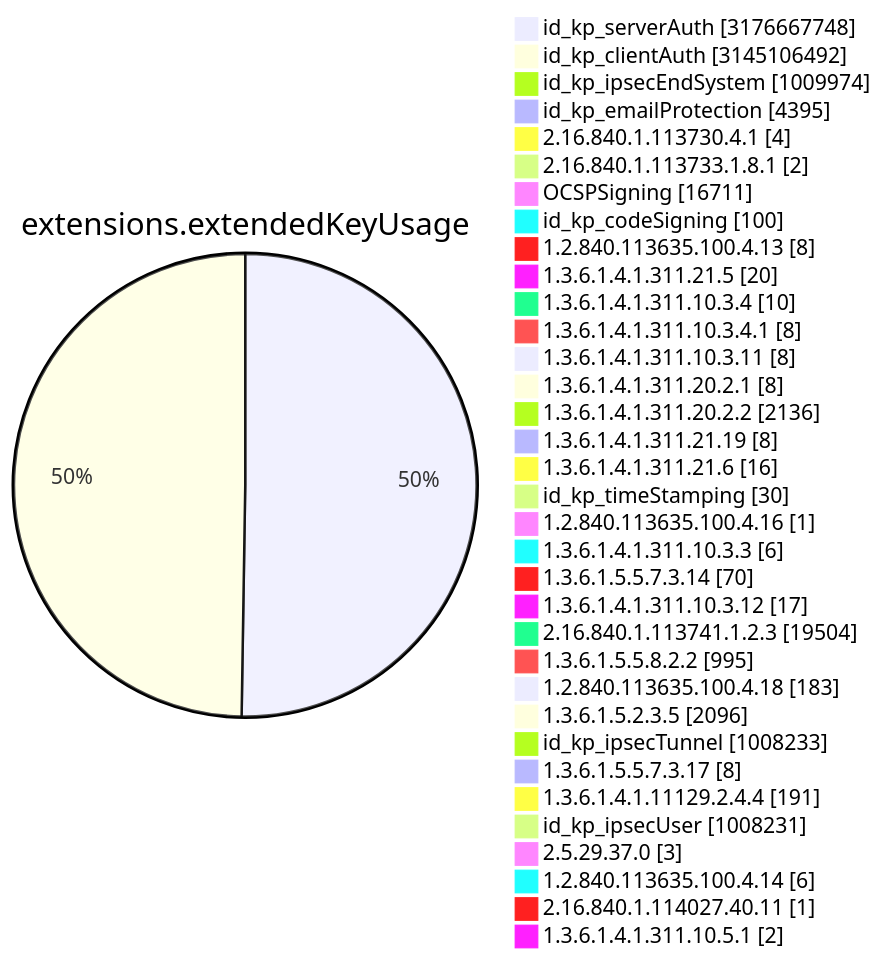
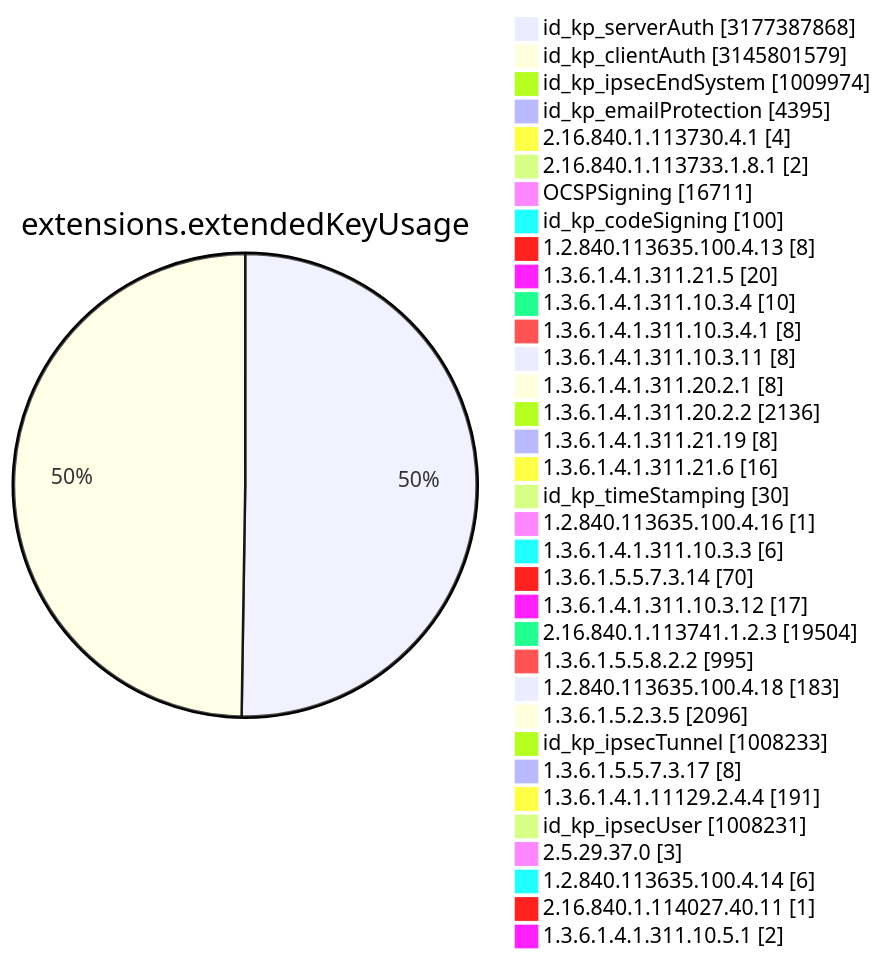
Before and after one commit to christiankrug/ctmonitor_visualization: diagram 11 of 15 in TOTAL/README.md, drawn with Mermaid. The commit also changed other lines of this file, not shown here.

````diff
--- a/TOTAL/README.md
+++ b/TOTAL/README.md
@@ -4119,38 +4119,38 @@
 ```mermaid
 pie showData
 title extensions.extendedKeyUsage
-"id_kp_serverAuth" :3176667748
-"id_kp_clientAuth" :3145106492
+"id_kp_serverAuth" :3177387868
+"id_kp_clientAuth" :3145801579
 "id_kp_ipsecEndSystem" :1009974
 "id_kp_emailProtection" :4395
 "2.16.840.1.113730.4.1" :4
 "2.16.840.1.113733.1.8.1" :2
 "OCSPSigning" :16711
 "id_kp_codeSigning" :100
 "1.2.840.113635.100.4.13" :8
 "1.3.6.1.4.1.311.21.5" :20
 "1.3.6.1.4.1.311.10.3.4" :10
 "1.3.6.1.4.1.311.10.3.4.1" :8
 "1.3.6.1.4.1.311.10.3.11" :8
 "1.3.6.1.4.1.311.20.2.1" :8
 "1.3.6.1.4.1.311.20.2.2" :2136
 "1.3.6.1.4.1.311.21.19" :8
 "1.3.6.1.4.1.311.21.6" :16
 "id_kp_timeStamping" :30
 "1.2.840.113635.100.4.16" :1
 "1.3.6.1.4.1.311.10.3.3" :6
 "1.3.6.1.5.5.7.3.14" :70
 "1.3.6.1.4.1.311.10.3.12" :17
 "2.16.840.1.113741.1.2.3" :19504
 "1.3.6.1.5.5.8.2.2" :995
 "1.2.840.113635.100.4.18" :183
 "1.3.6.1.5.2.3.5" :2096
 "id_kp_ipsecTunnel" :1008233
 "1.3.6.1.5.5.7.3.17" :8
 "1.3.6.1.4.1.11129.2.4.4" :191
 "id_kp_ipsecUser" :1008231
 "2.5.29.37.0" :3
 "1.2.840.113635.100.4.14" :6
 "2.16.840.1.114027.40.11" :1
 "1.3.6.1.4.1.311.10.5.1" :2
 ```
````
